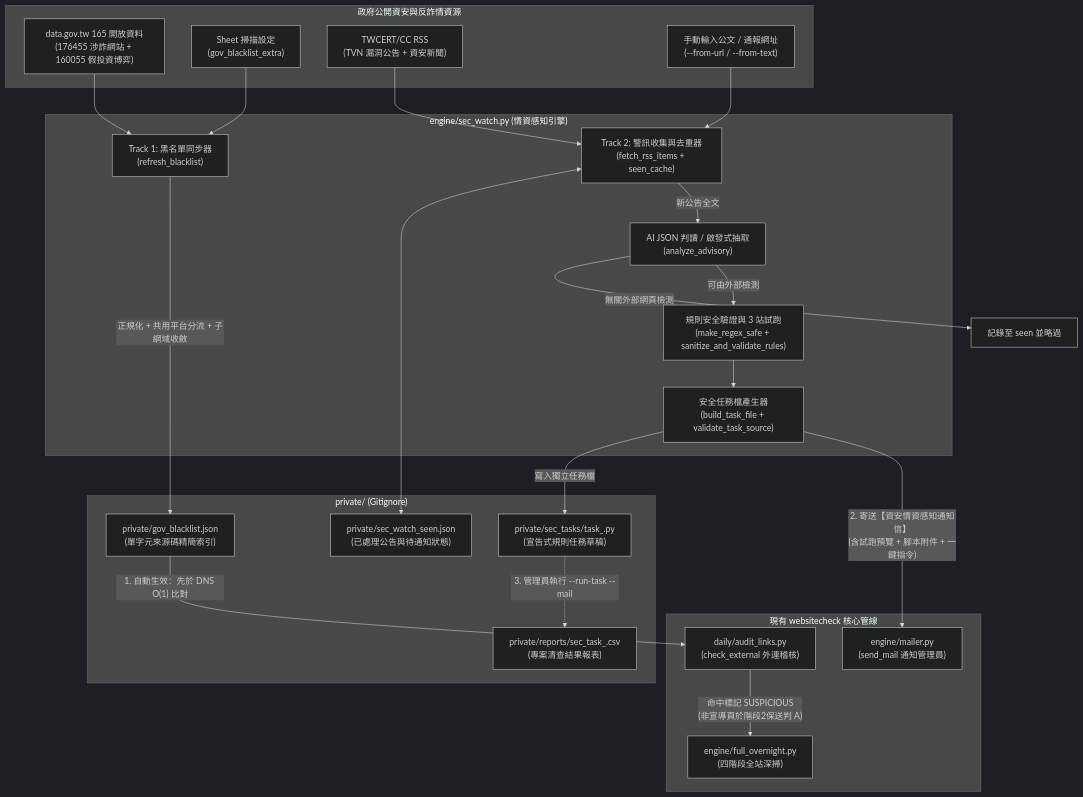
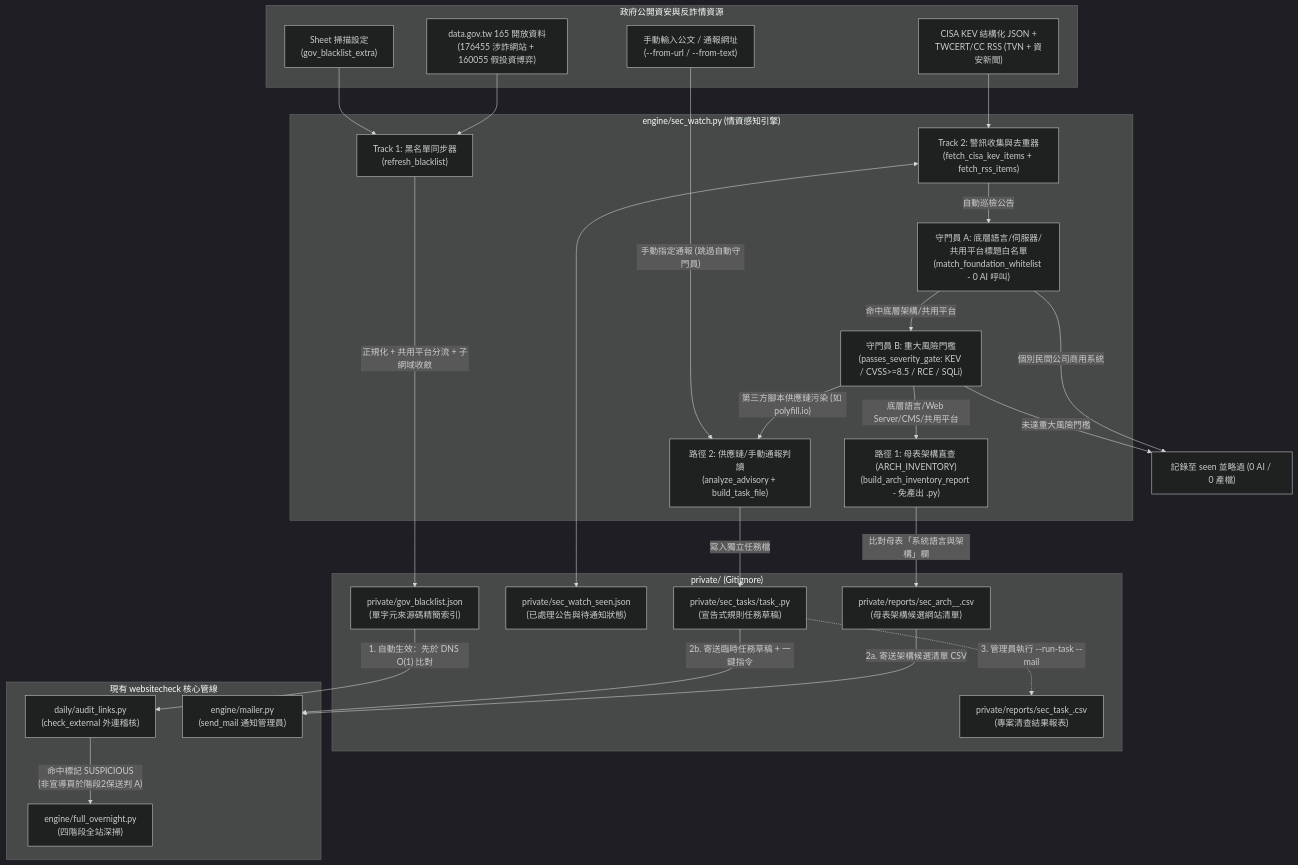
Before and after one commit to acebd12345/websitecheck: the first of 2 diagrams in docs/SEC_INTEL_DESIGN.md, drawn with Mermaid (dark theme). The commit also changed other lines of this file and 3 other files, not shown here.

Commit message:
升級 sec_watch Track 2：整合 CISA KEV、雙層零成本守門員、母表架構直查(ARCH_INVENTORY)與 --fill-arch

````diff
--- a/docs/SEC_INTEL_DESIGN.md
+++ b/docs/SEC_INTEL_DESIGN.md
@@ -24,44 +24,53 @@
 ```mermaid
 flowchart TD
     subgraph Sources["政府公開資安與反詐情資源"]
         S1["data.gov.tw 165 開放資料<br/>(176455 涉詐網站 + 160055 假投資博弈)"]
         S2["Sheet 掃描設定<br/>(gov_blacklist_extra)"]
-        S3["TWCERT/CC RSS<br/>(TVN 漏洞公告 + 資安新聞)"]
+        S3["CISA KEV 結構化 JSON +<br/>TWCERT/CC RSS (TVN + 資安新聞)"]
         S4["手動輸入公文 / 通報網址<br/>(--from-url / --from-text)"]
     end
 
     subgraph Engine["engine/sec_watch.py (情資感知引擎)"]
         F1["Track 1: 黑名單同步器<br/>(refresh_blacklist)"]
-        F2["Track 2: 警訊收集與去重器<br/>(fetch_rss_items + seen_cache)"]
-        AI["AI JSON 判讀 / 啟發式抽取<br/>(analyze_advisory)"]
-        VAL["規則安全驗證與 3 站試跑<br/>(make_regex_safe + sanitize_and_validate_rules)"]
-        GEN["安全任務檔產生器<br/>(build_task_file + validate_task_source)"]
+        F2["Track 2: 警訊收集與去重器<br/>(fetch_cisa_kev_items + fetch_rss_items)"]
+        GA["守門員 A: 底層語言/伺服器/共用平台標題白名單<br/>(match_foundation_whitelist - 0 AI 呼叫)"]
+        GB["守門員 B: 重大風險門檻<br/>(passes_severity_gate: KEV / CVSS>=8.5 / RCE / SQLi)"]
+        ARCH["路徑 1: 母表架構直查 (ARCH_INVENTORY)<br/>(build_arch_inventory_report - 免產出 .py)"]
+        AI["路徑 2: 供應鏈/手動通報判讀<br/>(analyze_advisory + build_task_file)"]
     end
 
     subgraph Storage["private/ (Gitignore)"]
         BL["private/gov_blacklist.json<br/>(單字元來源碼精簡索引)"]
         SEEN["private/sec_watch_seen.json<br/>(已處理公告與待通知狀態)"]
+        ARCH_CSV["private/reports/sec_arch_<date>_<tech>.csv<br/>(母表架構候選網站清單)"]
         TASK["private/sec_tasks/task_<id>.py<br/>(宣告式規則任務草稿)"]
         RPT["private/reports/sec_task_<id>.csv<br/>(專案清查結果報表)"]
     end
 
     subgraph Runtime["現有 websitecheck 核心管線"]
         AL["daily/audit_links.py<br/>(check_external 外連稽核)"]
         FO["engine/full_overnight.py<br/>(四階段全站深掃)"]
         ML["engine/mailer.py<br/>(send_mail 通知管理員)"]
     end
 
     S1 & S2 --> F1
     F1 -->|"正規化 + 共用平台分流 + 子網域收斂"| BL
     BL -->|"1. 自動生效：先於 DNS O(1) 比對"| AL
     AL -->|"命中標記 SUSPICIOUS<br/>(非宣導頁於階段2保送判 A)"| FO
 
-    S3 & S4 --> F2
+    S3 --> F2
     F2 <--> SEEN
-    F2 -->|"新公告全文"| AI
-    AI -->|"無關外部網頁檢測"| IGN["記錄至 seen 並略過"]
-    AI -->|"可由外部檢測"| VAL --> GEN
-    GEN -->|"寫入獨立任務檔"| TASK
-    GEN -->|"2. 寄送【資安情資感知通知信】<br/>(含試跑預覽 + 腳本附件 + 一鍵指令)"| ML
+    F2 -->|"自動巡檢公告"| GA
+    GA -->|"個別民間公司商用系統"| IGN["記錄至 seen 並略過 (0 AI / 0 產檔)"]
+    GA -->|"命中底層架構/共用平台"| GB
+    GB -->|"未達重大風險門檻"| IGN
+    GB -->|"底層語言/Web Server/CMS/共用平台"| ARCH
+    ARCH -->|"比對母表「系統語言與架構」欄"| ARCH_CSV
+    ARCH_CSV -->|"2a. 寄送架構候選清單 CSV"| ML
+
+    GB -->|"第三方腳本供應鏈污染 (如 polyfill.io)"| AI
+    S4 -->|"手動指定通報 (跳過自動守門員)"| AI
+    AI -->|"寫入獨立任務檔"| TASK
+    TASK -->|"2b. 寄送臨時任務草稿 + 一鍵指令"| ML
     TASK -.->|"3. 管理員執行 --run-task --mail"| RPT
 ```
````
